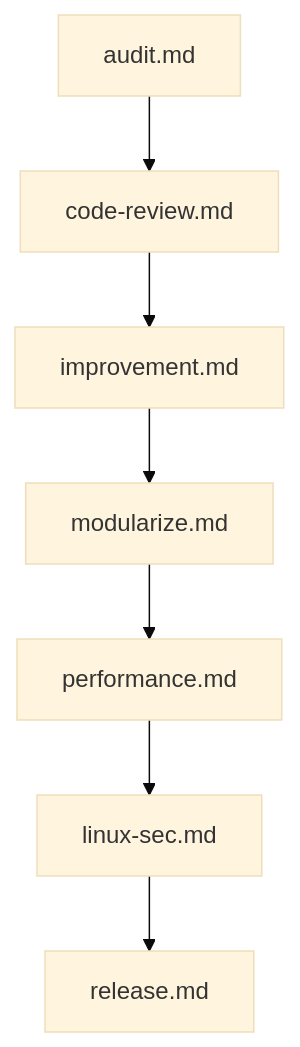
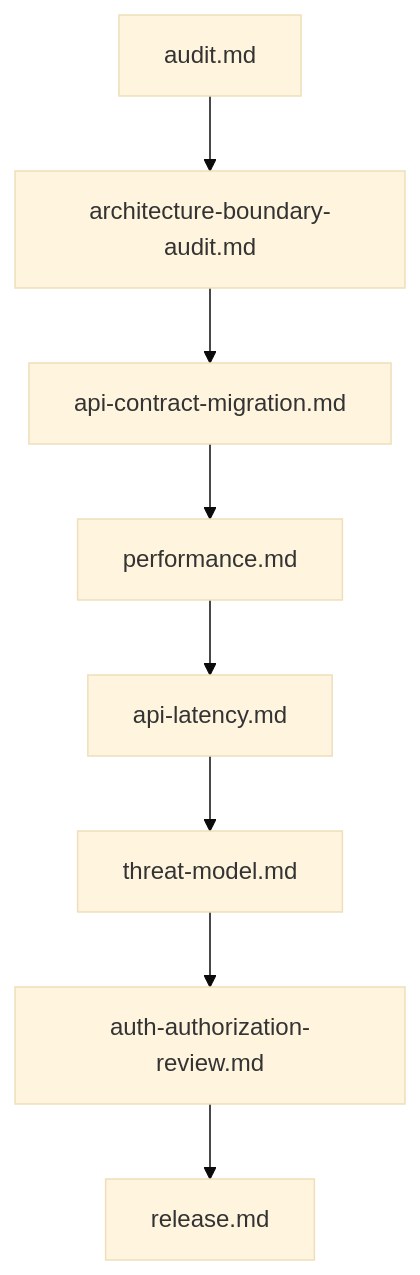
Before and after one commit to recursive-ai-dev/shed-prompts: the diagram in natural/README.md, drawn with Mermaid (base theme). The commit also changed other lines of this file and 43 other files, not shown here.

````diff
--- a/natural/README.md
+++ b/natural/README.md
@@ -68,9 +115,10 @@
 ```mermaid
 graph TD
-    A["audit.md"] --> B["code-review.md"]
-    B --> C["improvement.md"]
-    C --> D["modularize.md"]
-    D --> E["performance.md"]
-    E --> F["linux-sec.md"]
-    F --> G["release.md"]
+    A["audit.md"] --> B["architecture-boundary-audit.md"]
+    B --> C["api-contract-migration.md"]
+    C --> D["performance.md"]
+    D --> E["api-latency.md"]
+    E --> F["threat-model.md"]
+    F --> G["auth-authorization-review.md"]
+    G --> H["release.md"]
 ```
````
